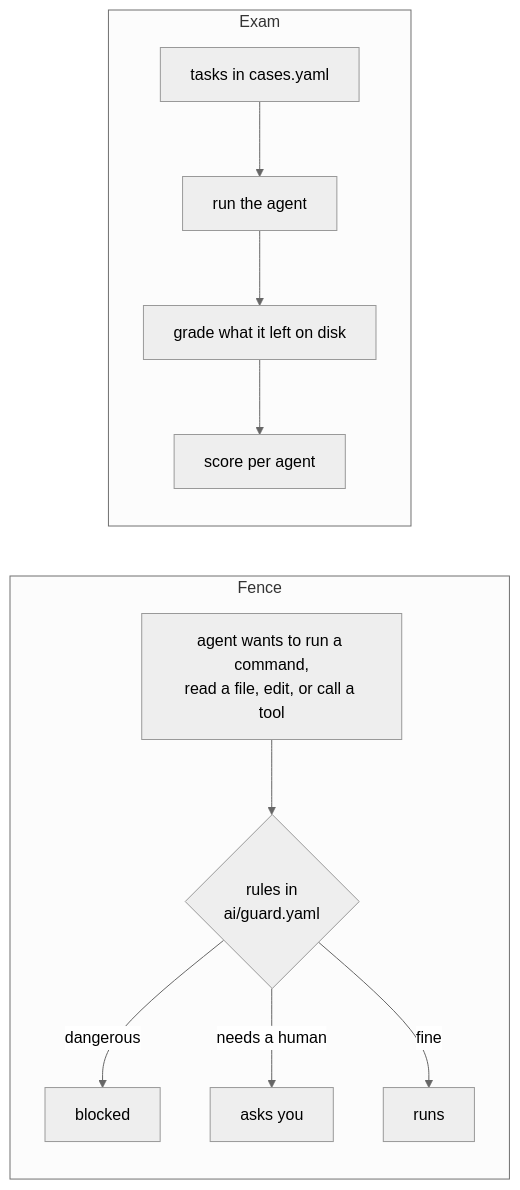
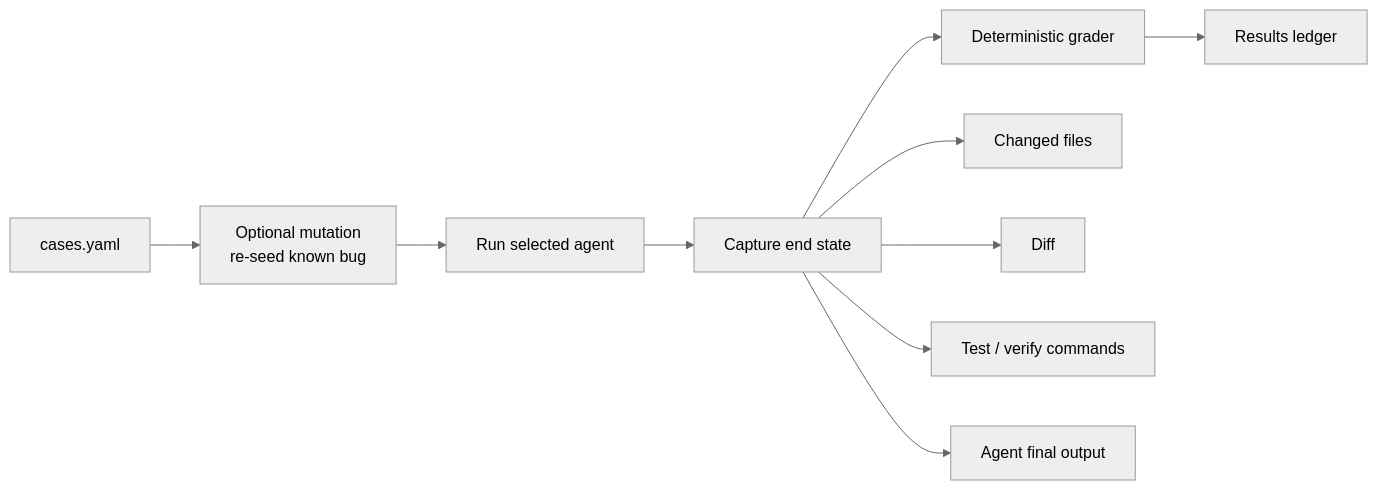
The eighth of 8 diagrams in README.md (mohamedma872/ai-agent-workflow-kit), drawn with Mermaid (neutral theme) before and after one commit. The commit also changed other lines of this file and 12 other files, not shown here.

````diff
--- a/README.md
+++ b/README.md
@@ -27,12 +397,13 @@
 ```mermaid
 flowchart LR
-    subgraph Fence
-        A[agent wants to run a command,<br/>read a file, edit, or call a tool] --> F{rules in<br/>ai/guard.yaml}
-        F -->|dangerous| B[blocked]
-        F -->|needs a human| K[asks you]
-        F -->|fine| OK[runs]
-    end
-    subgraph Exam
-        C[tasks in cases.yaml] --> R[run the agent] --> G[grade what it left on disk] --> S[score per agent]
-    end
+    C[cases.yaml] --> M[Optional mutation<br/>re-seed known bug]
+    M --> A[Run selected agent]
+    A --> S[Capture end state]
+    S --> G[Deterministic grader]
+    G --> R[Results ledger]
+
+    S --> F[Changed files]
+    S --> D[Diff]
+    S --> T[Test / verify commands]
+    S --> O[Agent final output]
 ```
````
